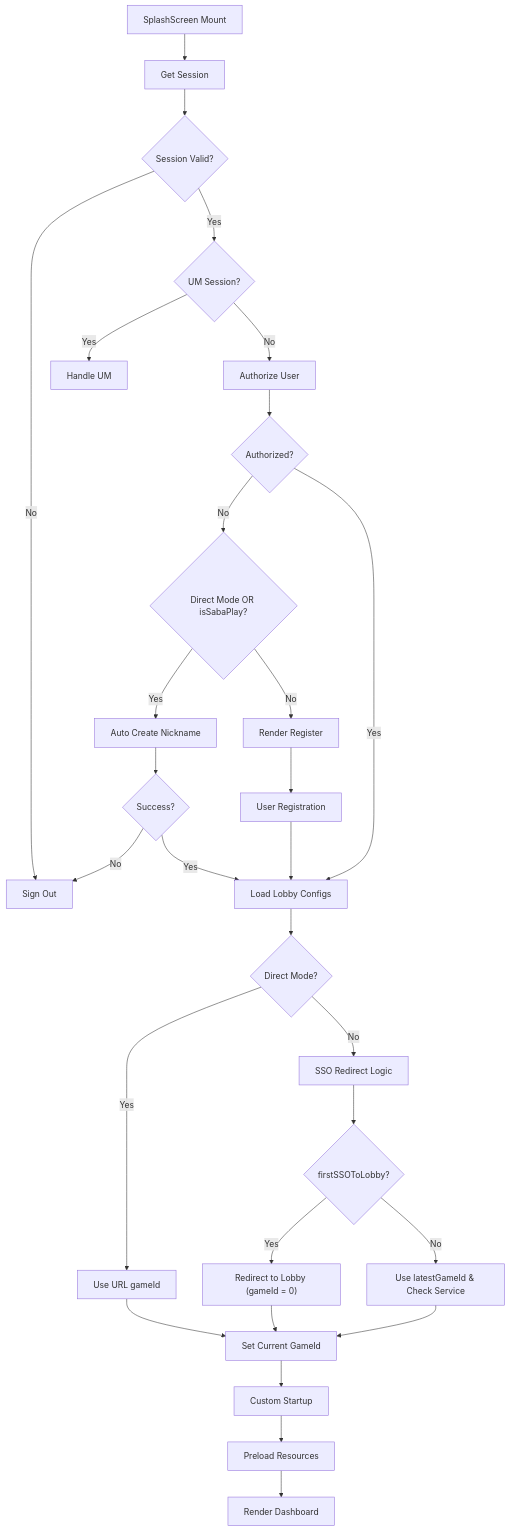
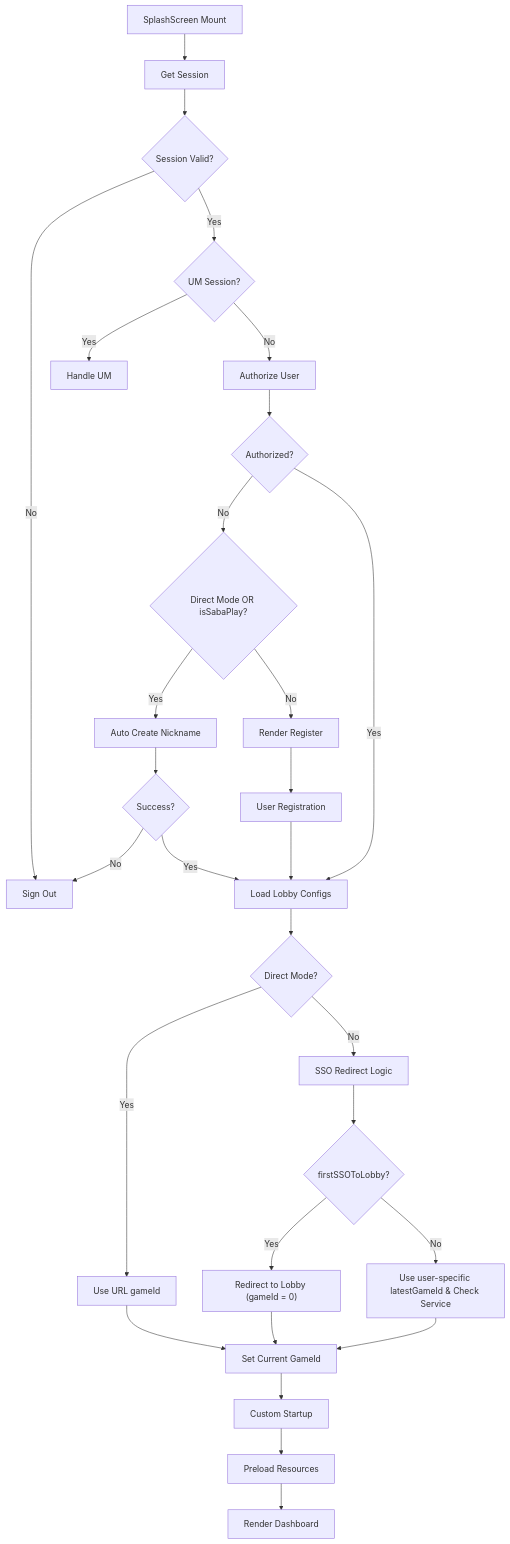
One commit to starixvn/l1_game-clients_number-games_gn-game-client changed the second of 7 diagrams in docs/first-login-redirect-lobby.md. Above: the diagram before and after it, drawn with Mermaid. The commit also changed other lines of this file and 8 other files, not shown here.

````diff
--- a/docs/first-login-redirect-lobby.md
+++ b/docs/first-login-redirect-lobby.md
@@ -72,35 +127,35 @@
 ```mermaid
 flowchart TD
     A["SplashScreen Mount"] --> B["Get Session"]
     B --> C{"Session Valid?"}
     C -->|No| D["Sign Out"]
     C -->|Yes| E{"UM Session?"}
     E -->|Yes| F["Handle UM"]
     E -->|No| G["Authorize User"]
 
     G --> H{"Authorized?"}
     H -->|No| I{"Direct Mode OR isSabaPlay?"}
     I -->|Yes| J["Auto Create Nickname"]
     I -->|No| K["Render Register"]
     J --> L{"Success?"}
     L -->|No| D
     L -->|Yes| M["Load Lobby Configs"]
 
     H -->|Yes| M
     K --> N["User Registration"]
     N --> M
 
     M --> O{"Direct Mode?"}
     O -->|Yes| P["Use URL gameId"]
     O -->|No| Q["SSO Redirect Logic"]
     Q --> R{"firstSSOToLobby?"}
     R -->|Yes| S["Redirect to Lobby (gameId = 0)"]
-    R -->|No| T["Use latestGameId & Check Service"]
+    R -->|No| T["Use user-specific latestGameId & Check Service"]
     S --> U["Set Current GameId"]
     T --> U
     P --> U
 
     U --> V["Custom Startup"]
     V --> W["Preload Resources"]
     W --> X["Render Dashboard"]
 ```
````
